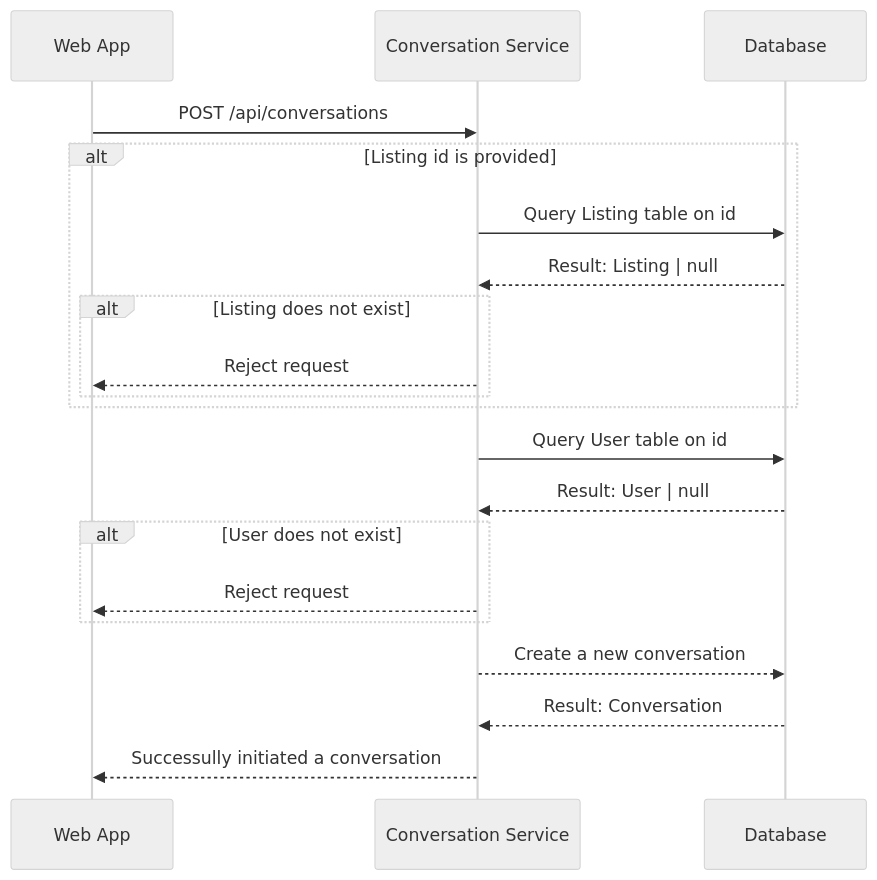
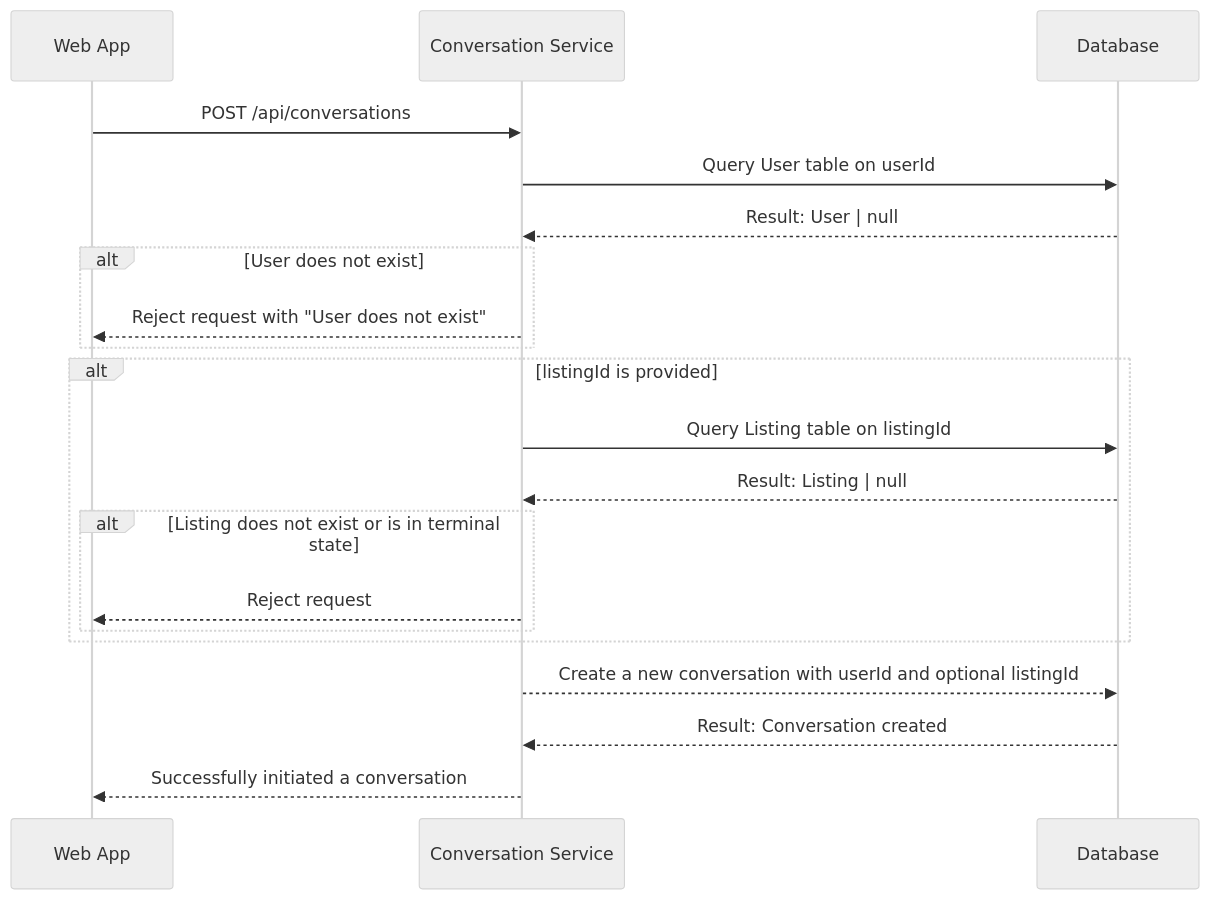
The first of 7 diagrams in public/artifacts/Artifacts/Architecture/conversation.md (Red-Shiesties/website), drawn with Mermaid (neutral theme) before and after one commit. The commit also changed other lines of this file and 5 other files, not shown here.

````diff
--- a/public/artifacts/Artifacts/Architecture/conversation.md
+++ b/public/artifacts/Artifacts/Architecture/conversation.md
@@ -42,25 +68,25 @@
 ```mermaid
 sequenceDiagram
 participant  app  as  Web App
 participant  service  as  Conversation  Service
 participant  db  as  Database
 
 app->>service: POST /api/conversations
-alt Listing id is provided
-  service->>db: Query Listing table on id
-  db-->>service: Result: Listing | null
-  alt Listing does not exist
-    service-->>app: Reject request
-  end
+service->>db: Query User table on userId
+db-->>service: Result: User | null
+alt User does not exist
+  service-->>app: Reject request with "User does not exist"
 end
 
-service->>db: Query User table on id
-db-->>service: Result: User | null
-alt User does not exist
-  service-->>app: Reject request
+alt listingId is provided
+    service->>db: Query Listing table on listingId
+    db-->>service: Result: Listing | null
+    alt Listing does not exist or is in terminal state
+        service-->>app: Reject request
+    end
 end
 
-service-->>db: Create a new conversation
-db-->>service: Result: Conversation
-service-->>app: Successully initiated a conversation
+service-->>db: Create a new conversation with userId and optional listingId
+db-->>service: Result: Conversation created
+service-->>app: Successfully initiated a conversation
 ```
````
